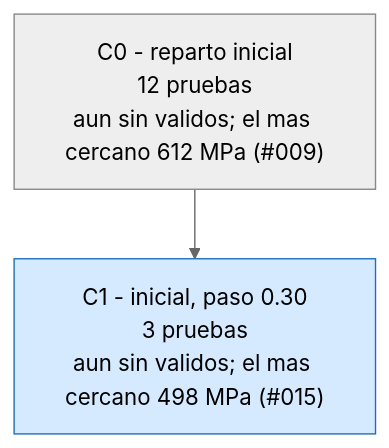
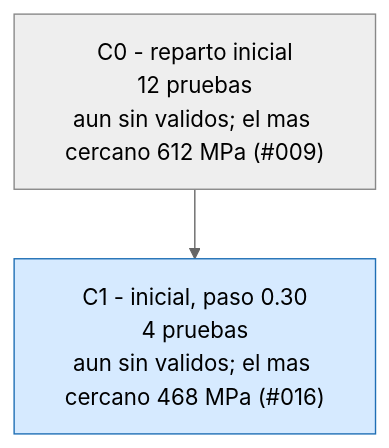
The third of 3 diagrams in runs/opt_37800N/ARBOL.md (Hugiko/msd-soporte-optimizacion), drawn with Mermaid (neutral theme) before and after one commit. The commit also changed 21 other files, not shown here.

````diff
--- a/runs/opt_37800N/ARBOL.md
+++ b/runs/opt_37800N/ARBOL.md
@@ -33,9 +33,9 @@
 ```mermaid
 graph TD
 classDef activa fill:#d6eaff,stroke:#1f6fb5,color:#000
 classDef fin fill:#eeeeee,stroke:#888,color:#000
 classDef mejor fill:#c8f0c0,stroke:#1a9850,stroke-width:4px,color:#000
 C0["C0 - reparto inicial<br/>12 pruebas<br/>aun sin validos; el mas cercano 612 MPa (#009)"]:::fin
-C1["C1 - inicial, paso 0.30<br/>3 pruebas<br/>aun sin validos; el mas cercano 498 MPa (#015)"]:::activa
+C1["C1 - inicial, paso 0.30<br/>4 pruebas<br/>aun sin validos; el mas cercano 468 MPa (#016)"]:::activa
 C0 --> C1
 ```
````
